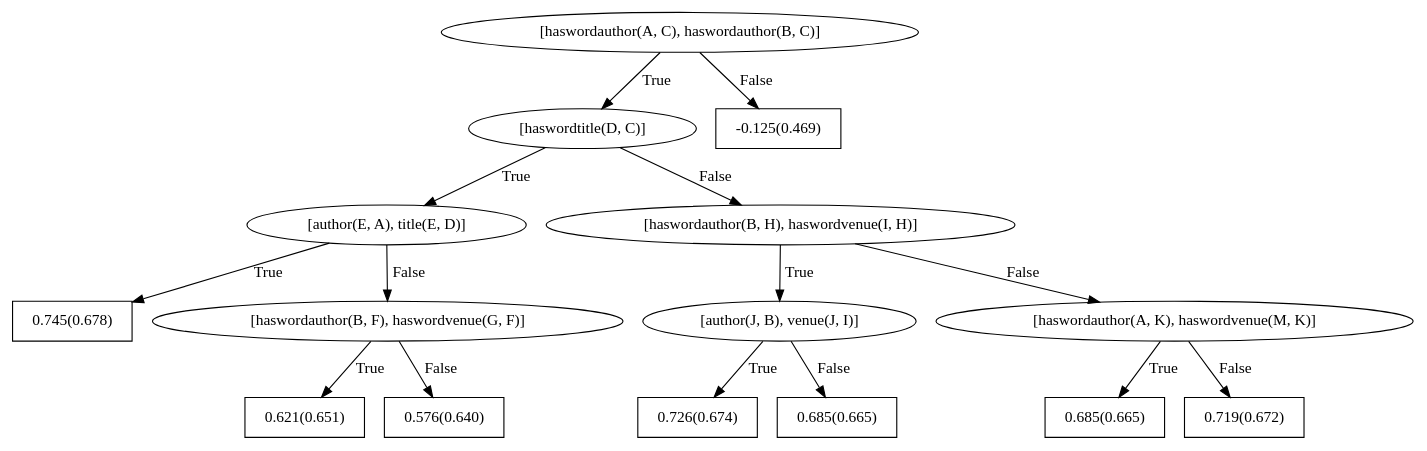
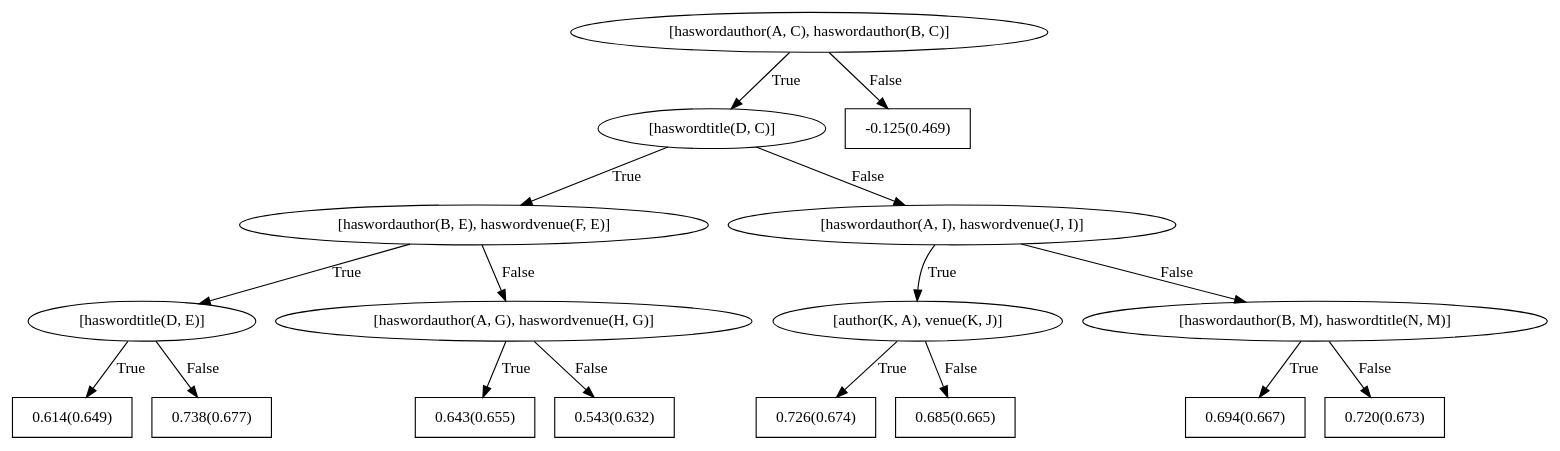
Before and after one commit to hayesall/Walk-ER: the diagram in datasets/Cora/train/models/bRDNs/dotFiles/WILLTreeFor_sameauthor1.dot, drawn with Graphviz. The commit also changed 71 other files, not shown here.

Commit message:
mode_comparator worked for Cora, I do not think WebKB is significant since the graph is so small.

```diff
--- a/datasets/Cora/train/models/bRDNs/dotFiles/WILLTreeFor_sameauthor1.dot
+++ b/datasets/Cora/train/models/bRDNs/dotFiles/WILLTreeFor_sameauthor1.dot
@@ -1,31 +1,35 @@
 digraph G{ 
 1[label = "[haswordauthor(A, C), haswordauthor(B, C)]"];
 1 -> 2[label="True"];
 1 -> 3[label="False"];
 2[label = "[haswordtitle(D, C)]"];
 2 -> 4[label="True"];
 2 -> 5[label="False"];
-4[label = "[author(E, A), title(E, D)]"];
+4[label = "[haswordauthor(B, E), haswordvenue(F, E)]"];
 4 -> 6[label="True"];
 4 -> 7[label="False"];
-6[shape = box,label = "0.745(0.678)"];
-7[label = "[haswordauthor(B, F), haswordvenue(G, F)]"];
-7 -> 8[label="True"];
-7 -> 9[label="False"];
-8[shape = box,label = "0.621(0.651)"];
-9[shape = box,label = "0.576(0.640)"];
-5[label = "[haswordauthor(B, H), haswordvenue(I, H)]"];
-5 -> 10[label="True"];
-5 -> 11[label="False"];
-10[label = "[author(J, B), venue(J, I)]"];
-10 -> 12[label="True"];
-10 -> 13[label="False"];
-12[shape = box,label = "0.726(0.674)"];
-13[shape = box,label = "0.685(0.665)"];
-11[label = "[haswordauthor(A, K), haswordvenue(M, K)]"];
-11 -> 14[label="True"];
-11 -> 15[label="False"];
-14[shape = box,label = "0.685(0.665)"];
-15[shape = box,label = "0.719(0.672)"];
+6[label = "[haswordtitle(D, E)]"];
+6 -> 8[label="True"];
+6 -> 9[label="False"];
+8[shape = box,label = "0.614(0.649)"];
+9[shape = box,label = "0.738(0.677)"];
+7[label = "[haswordauthor(A, G), haswordvenue(H, G)]"];
+7 -> 10[label="True"];
+7 -> 11[label="False"];
+10[shape = box,label = "0.643(0.655)"];
+11[shape = box,label = "0.543(0.632)"];
+5[label = "[haswordauthor(A, I), haswordvenue(J, I)]"];
+5 -> 12[label="True"];
+5 -> 13[label="False"];
+12[label = "[author(K, A), venue(K, J)]"];
+12 -> 14[label="True"];
+12 -> 15[label="False"];
+14[shape = box,label = "0.726(0.674)"];
+15[shape = box,label = "0.685(0.665)"];
+13[label = "[haswordauthor(B, M), haswordtitle(N, M)]"];
+13 -> 16[label="True"];
+13 -> 17[label="False"];
+16[shape = box,label = "0.694(0.667)"];
+17[shape = box,label = "0.720(0.673)"];
 3[shape = box,label = "-0.125(0.469)"];
 }
```
